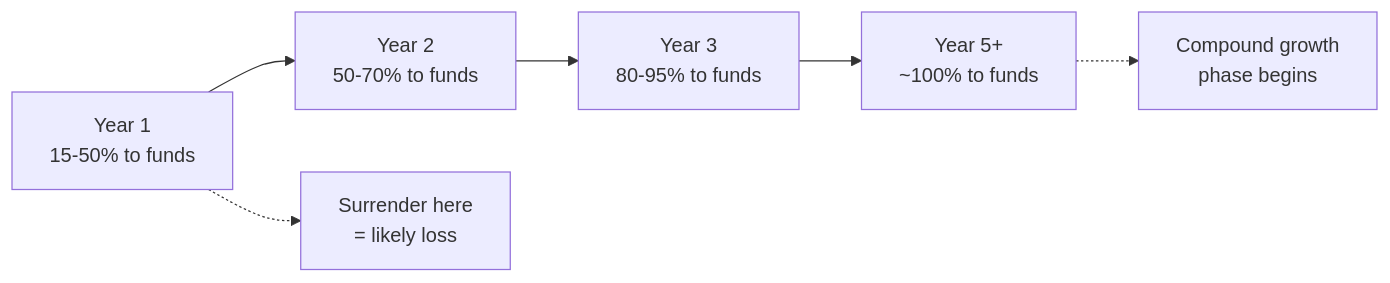
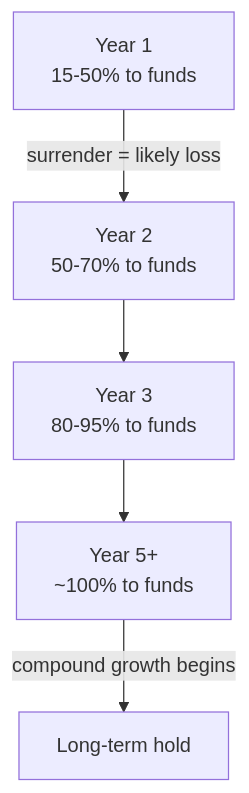
The diagram in docs/first-60-days/week-10/day-57.md (leotansingapore/aia-product-compass-hub), drawn with Mermaid before and after one commit. The commit also changed other lines of this file and 56 other files, not shown here.

Commit message:
Readability pass across first-60-days: styled HTML to tables/diagrams, cleaner formatting, no leaked metadata

````diff
--- a/docs/first-60-days/week-10/day-57.md
+++ b/docs/first-60-days/week-10/day-57.md
@@ -516,12 +516,7 @@
 ```mermaid
-flowchart LR
-    Y1["Year 1<br/>15-50% to funds"]
-    Y2["Year 2<br/>50-70% to funds"]
-    Y3["Year 3<br/>80-95% to funds"]
-    Y5["Year 5+<br/>~100% to funds"]
-    WARN["Surrender here<br/>= likely loss"]
-    GOOD["Compound growth<br/>phase begins"]
-    Y1 --> Y2 --> Y3 --> Y5
-    Y1 -.-> WARN
-    Y5 -.-> GOOD
+flowchart TD
+    Y1["Year 1<br/>15-50% to funds"] -->|"surrender = likely loss"| Y2["Year 2<br/>50-70% to funds"]
+    Y2 --> Y3["Year 3<br/>80-95% to funds"]
+    Y3 --> Y5["Year 5+<br/>~100% to funds"]
+    Y5 -->|"compound growth begins"| GOOD["Long-term hold"]
 ```
````
